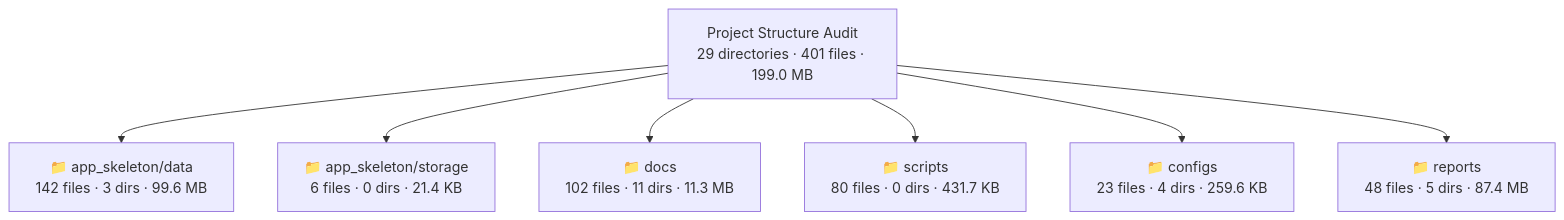
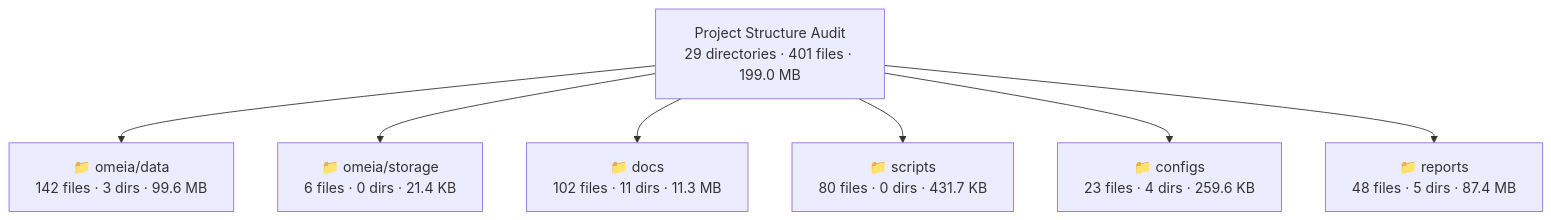
The diagram in docs/PROJECT_STRUCTURE_FINAL_ANALYSIS_PREMIUM.md (Debashish-deb/digital-notepad), drawn with Mermaid before and after one commit. The commit also changed other lines of this file and 3947 other files, not shown here.

First line of the commit message:
Rename app_skeleton package to omeia.

````diff
--- a/docs/PROJECT_STRUCTURE_FINAL_ANALYSIS_PREMIUM.md
+++ b/docs/PROJECT_STRUCTURE_FINAL_ANALYSIS_PREMIUM.md
@@ -133,16 +133,16 @@
 ```mermaid
 graph TD
     n0["Project Structure Audit<br/>29 directories · 401 files · 199.0 MB"]
-    n1["📁 app_skeleton/data<br/>142 files · 3 dirs · 99.6 MB"]
+    n1["📁 omeia/data<br/>142 files · 3 dirs · 99.6 MB"]
     n0 --> n1
-    n2["📁 app_skeleton/storage<br/>6 files · 0 dirs · 21.4 KB"]
+    n2["📁 omeia/storage<br/>6 files · 0 dirs · 21.4 KB"]
     n0 --> n2
     n3["📁 docs<br/>102 files · 11 dirs · 11.3 MB"]
     n0 --> n3
     n4["📁 scripts<br/>80 files · 0 dirs · 431.7 KB"]
     n0 --> n4
     n5["📁 configs<br/>23 files · 4 dirs · 259.6 KB"]
     n0 --> n5
     n6["📁 reports<br/>48 files · 5 dirs · 87.4 MB"]
     n0 --> n6
 ```
````
